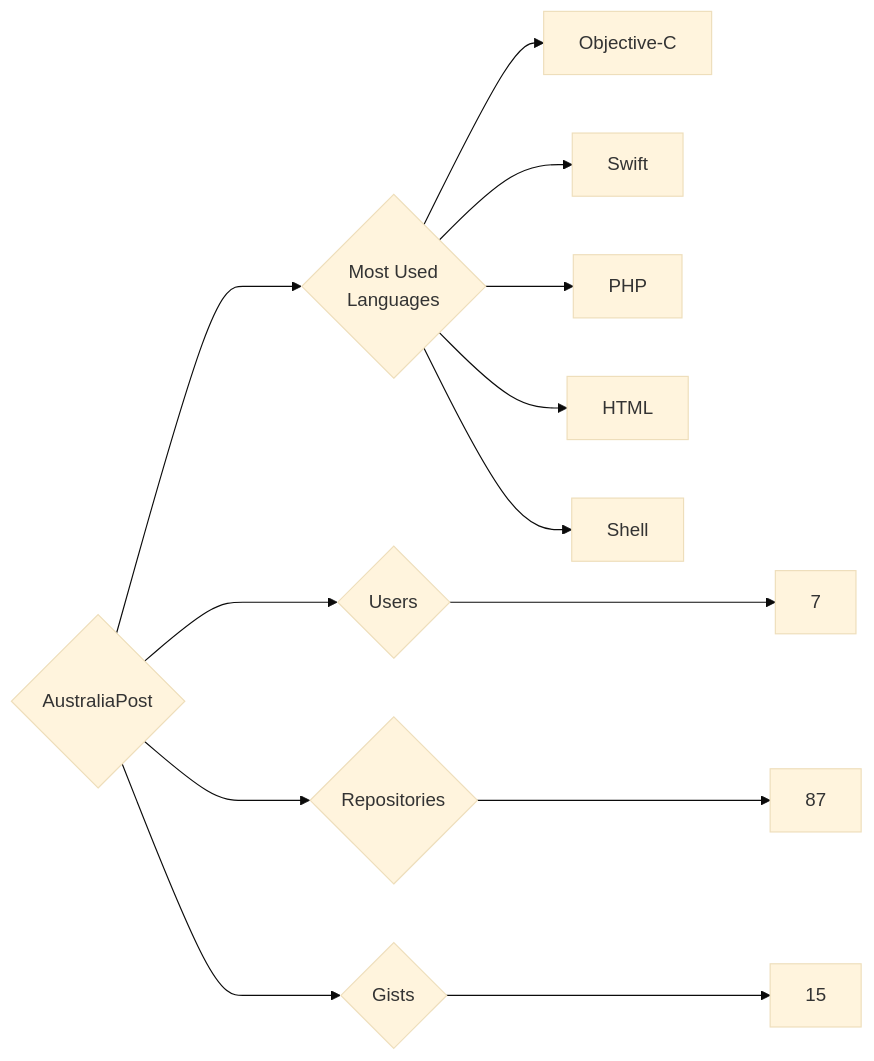
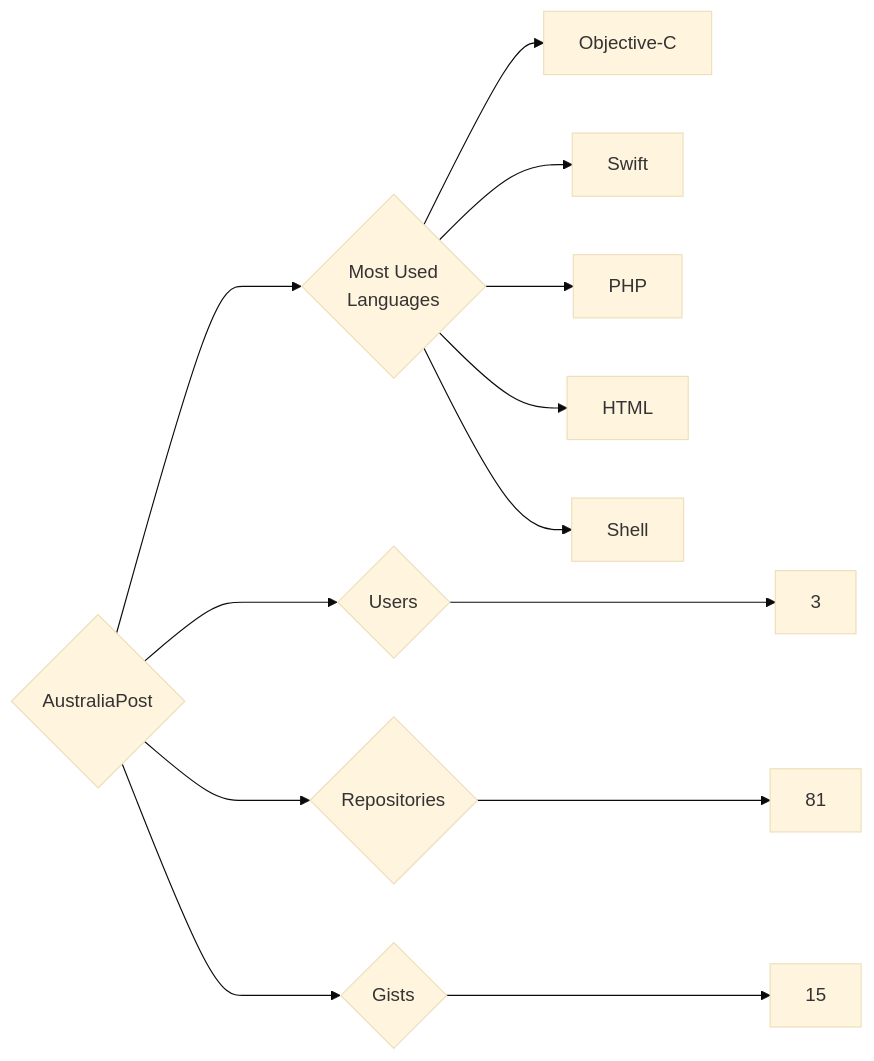
Before and after one commit to trickest/insiders: the diagram in targets/AustraliaPost/README.md, drawn with Mermaid (base theme). The commit also changed 618 other files, not shown here.

````diff
--- a/targets/AustraliaPost/README.md
+++ b/targets/AustraliaPost/README.md
@@ -3,13 +3,13 @@
 ```mermaid
 graph LR
 COMPANY_NAME{AustraliaPost}
-COMPANY_NAME ---> U{Users} ---> UN[7]
-COMPANY_NAME ---> R{Repositories} ---> RN[87]
+COMPANY_NAME ---> U{Users} ---> UN[3]
+COMPANY_NAME ---> R{Repositories} ---> RN[81]
 COMPANY_NAME ---> G{Gists} ---> GN[15]
 COMPANY_NAME ---> ML{Most Used<br>Languages}
 ML --> Objective-C[Objective-C]
 ML --> Swift[Swift]
 ML --> PHP[PHP]
 ML --> HTML[HTML]
 ML --> Shell[Shell]
 ```
````
